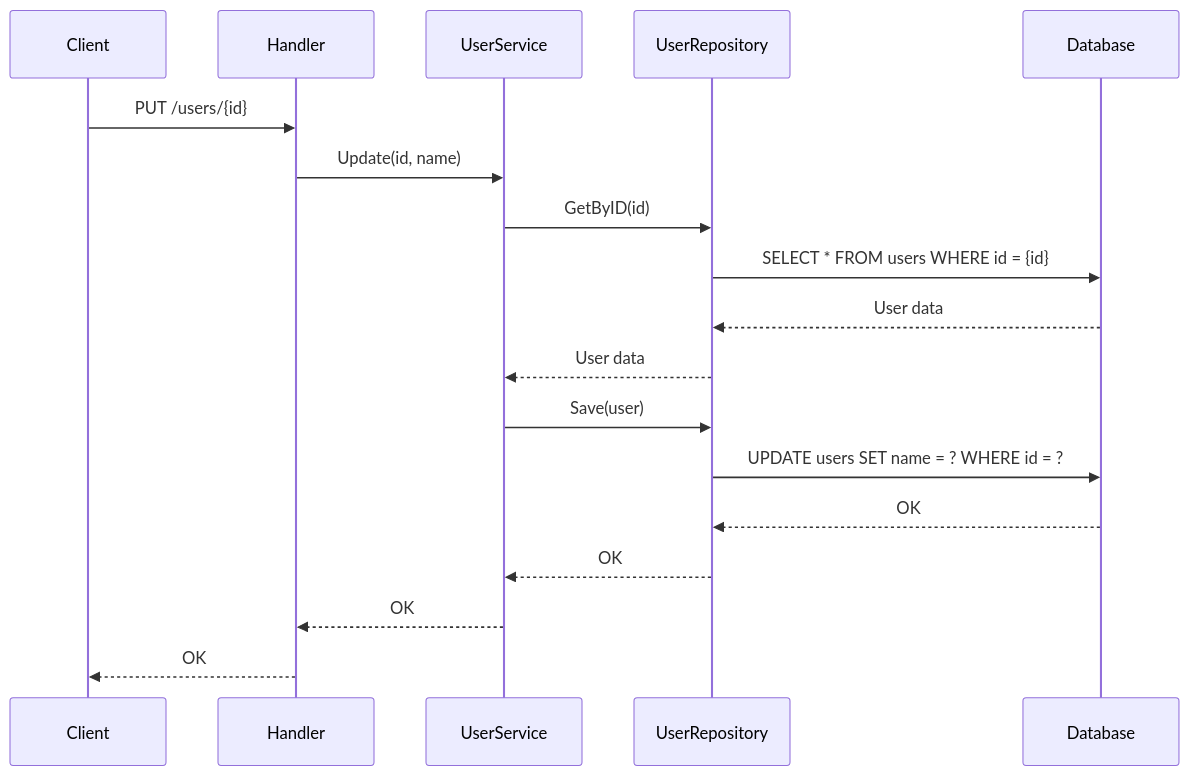
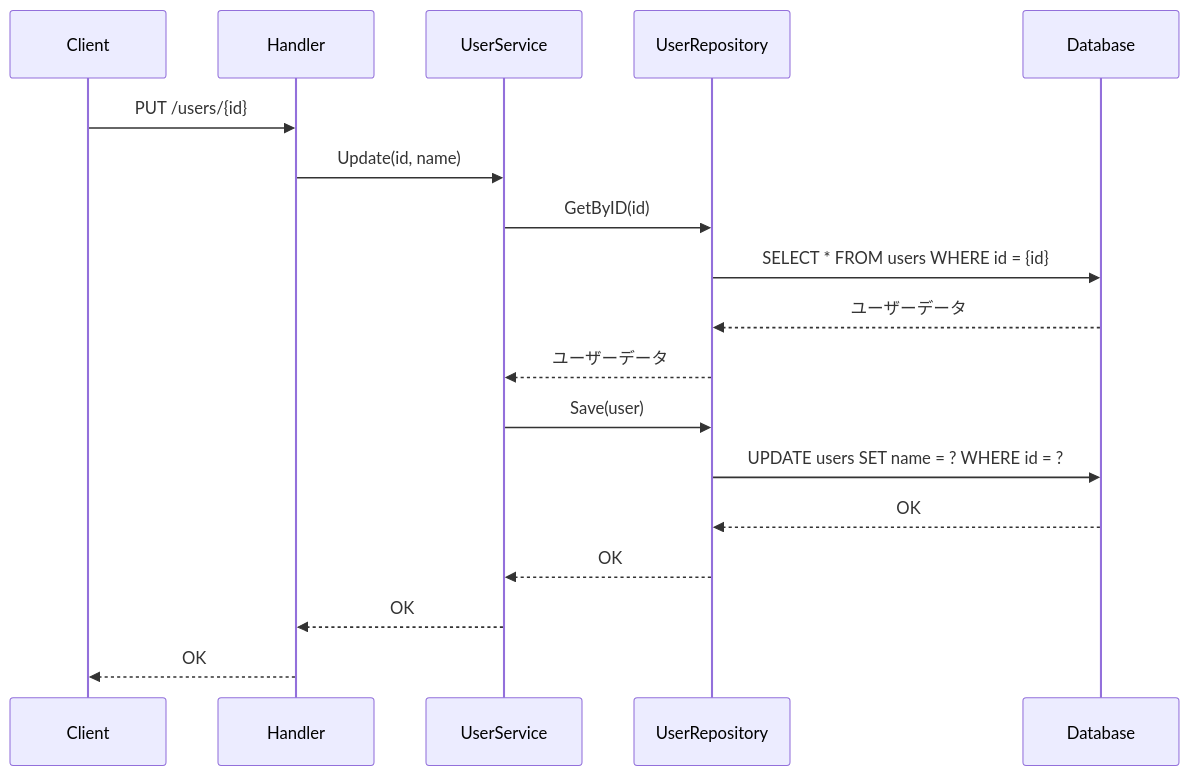
Before and after one commit to tky1645/agent-test: the fourth of 8 diagrams in README.md, drawn with Mermaid. The commit also changed other lines of this file, not shown here.

````diff
--- a/README.md
+++ b/README.md
@@ -186,21 +186,21 @@
 ```mermaid
 sequenceDiagram
-    participant Client
-    participant Handler
-    participant UserService
-    participant UserRepository
-    participant Database
+    participant クライアント as Client
+    participant ハンドラー as Handler
+    participant ユーザーサービス as UserService
+    participant ユーザーリポジトリ as UserRepository
+    participant データベース as Database
 
-    Client->>Handler: PUT /users/{id}
-    Handler->>UserService: Update(id, name)
-    UserService->>UserRepository: GetByID(id)
-    UserRepository->>Database: SELECT * FROM users WHERE id = {id}
-    Database-->>UserRepository: User data
-    UserRepository-->>UserService: User data
-    UserService->>UserRepository: Save(user)
-    UserRepository->>Database: UPDATE users SET name = ? WHERE id = ?
-    Database-->>UserRepository: OK
-    UserRepository-->>UserService: OK
-    UserService-->>Handler: OK
-    Handler-->>Client: OK
+    クライアント->>ハンドラー: PUT /users/{id}
+    ハンドラー->>ユーザーサービス: Update(id, name)
+    ユーザーサービス->>ユーザーリポジトリ: GetByID(id)
+    ユーザーリポジトリ->>データベース: SELECT * FROM users WHERE id = {id}
+    データベース-->>ユーザーリポジトリ: ユーザーデータ
+    ユーザーリポジトリ-->>ユーザーサービス: ユーザーデータ
+    ユーザーサービス->>ユーザーリポジトリ: Save(user)
+    ユーザーリポジトリ->>データベース: UPDATE users SET name = ? WHERE id = ?
+    データベース-->>ユーザーリポジトリ: OK
+    ユーザーリポジトリ-->>ユーザーサービス: OK
+    ユーザーサービス-->>ハンドラー: OK
+    ハンドラー-->>クライアント: OK
 ```
````
